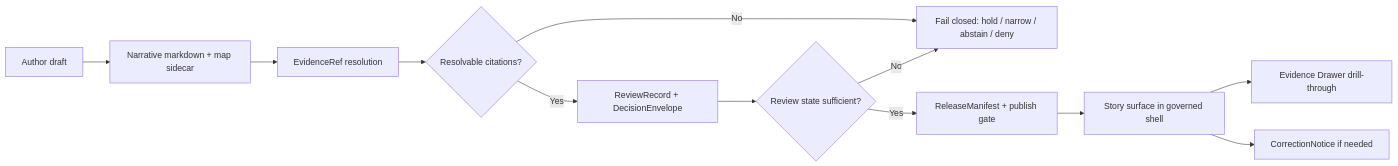
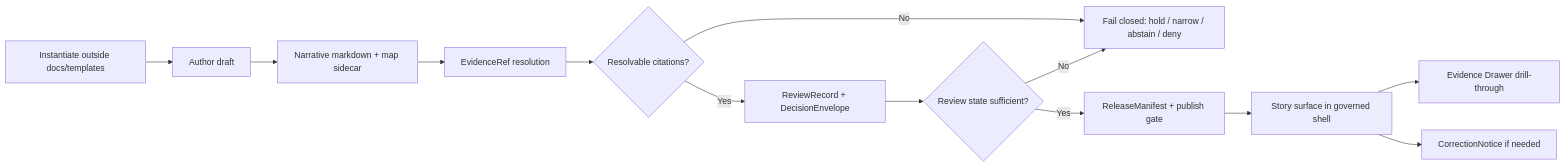
The diagram in docs/templates/TEMPLATE__STORY_NODE_V3.md (bartytime4life/Kansas-Frontier-Matrix), drawn with Mermaid before and after one commit. The commit also changed other lines of this file, not shown here.

First line of the commit message:
Revise TEMPLATE — Story Node v3 with verified details

````diff
--- a/docs/templates/TEMPLATE__STORY_NODE_V3.md
+++ b/docs/templates/TEMPLATE__STORY_NODE_V3.md
@@ -433,14 +517,15 @@
 ```mermaid
 flowchart LR
-  A[Author draft] --> B[Narrative markdown + map sidecar]
-  B --> C[EvidenceRef resolution]
-  C --> D{Resolvable citations?}
-  D -- No --> E[Fail closed: hold / narrow / abstain / deny]
-  D -- Yes --> F[ReviewRecord + DecisionEnvelope]
-  F --> G{Review state sufficient?}
-  G -- No --> E
-  G -- Yes --> H[ReleaseManifest + publish gate]
-  H --> I[Story surface in governed shell]
-  I --> J[Evidence Drawer drill-through]
-  I --> K[CorrectionNotice if needed]
+  A[Instantiate outside docs/templates] --> B[Author draft]
+  B --> C[Narrative markdown + map sidecar]
+  C --> D[EvidenceRef resolution]
+  D --> E{Resolvable citations?}
+  E -- No --> F[Fail closed: hold / narrow / abstain / deny]
+  E -- Yes --> G[ReviewRecord + DecisionEnvelope]
+  G --> H{Review state sufficient?}
+  H -- No --> F
+  H -- Yes --> I[ReleaseManifest + publish gate]
+  I --> J[Story surface in governed shell]
+  J --> K[Evidence Drawer drill-through]
+  J --> L[CorrectionNotice if needed]
 ```
````
